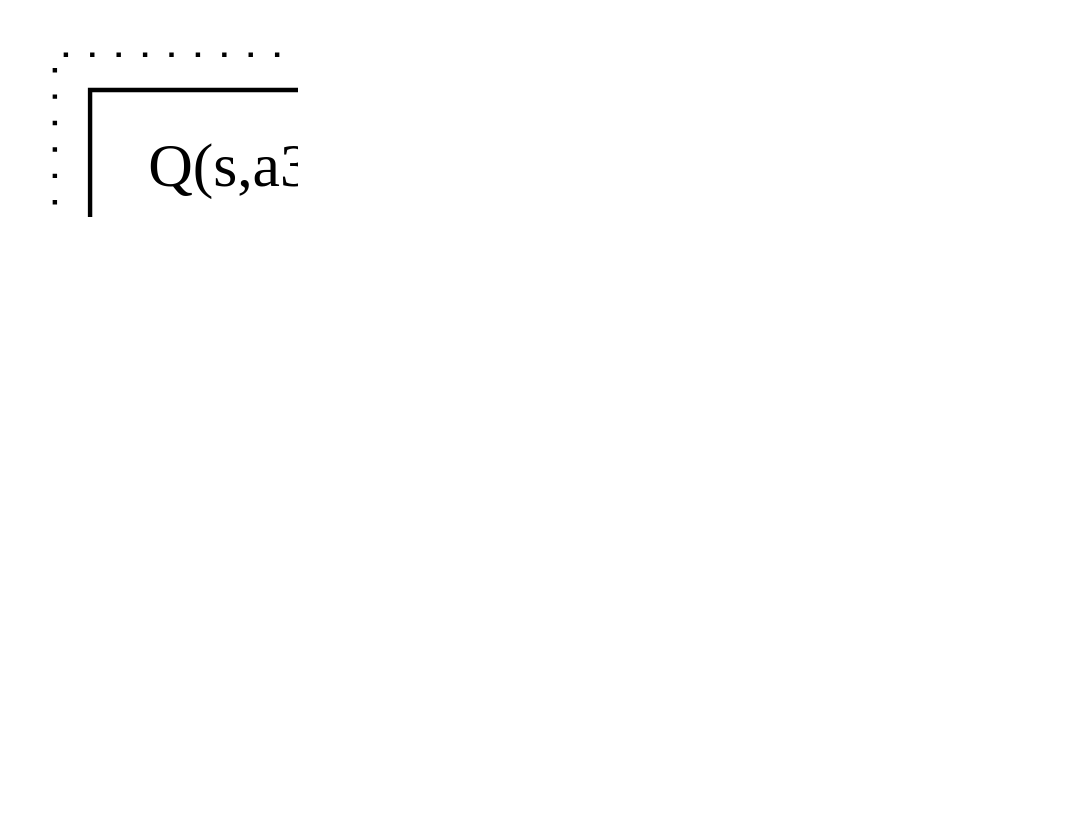
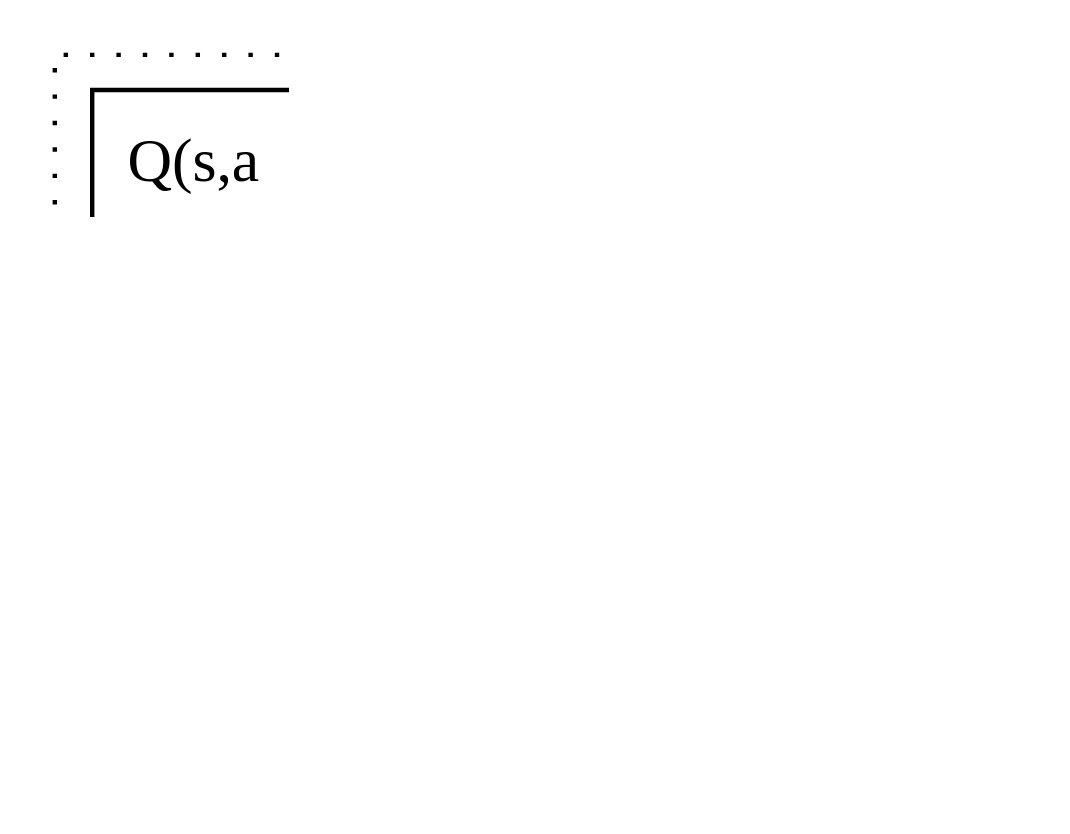
Before and after one commit to basictask/Intelligencia: the diagram in 5_ql/doc/graphs/ql_3.dot, drawn with Graphviz. The commit also changed 10 other files, not shown here.

```diff
--- a/5_ql/doc/graphs/ql_3.dot
+++ b/5_ql/doc/graphs/ql_3.dot
@@ -1,20 +1,20 @@
 digraph qlearning {
     graph[dpi=300]
     rankdir="BT"
 
     s [label="Állapot", shape="rectangle"]
     net [label="Neurális hálózat", shape="rectangle"]
     
     subgraph cluster{
         style="dotted"
-        a1 [label="Q(s,a1)", shape="rectangle"]
-        a2 [label="Q(s,a2)", shape="rectangle"]
-        a3 [label="Q(s,a3)", shape="rectangle"]  
+        a1 [label=<Q(s,a<sub><font point-size="10">3</font></sub>)>, shape="rectangle"]
+        a2 [label=<Q(s,a<sub><font point-size="10">2</font></sub>)>, shape="rectangle"]
+        a3 [label=<Q(s,a<sub><font point-size="10">1</font></sub>)>, shape="rectangle"]  
     }
     
     s -> net
     net -> a1
     net -> a2
     net -> a3
 
 }
```
